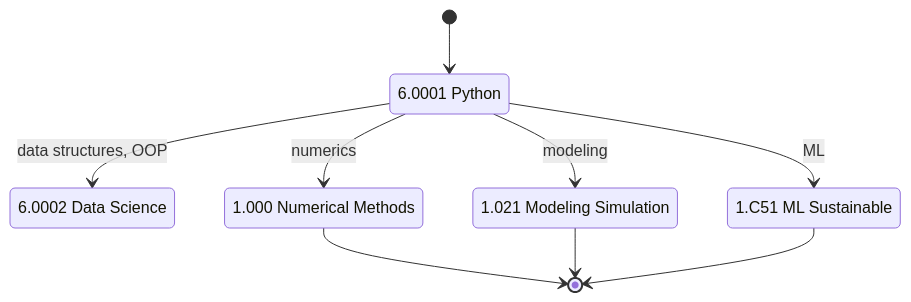
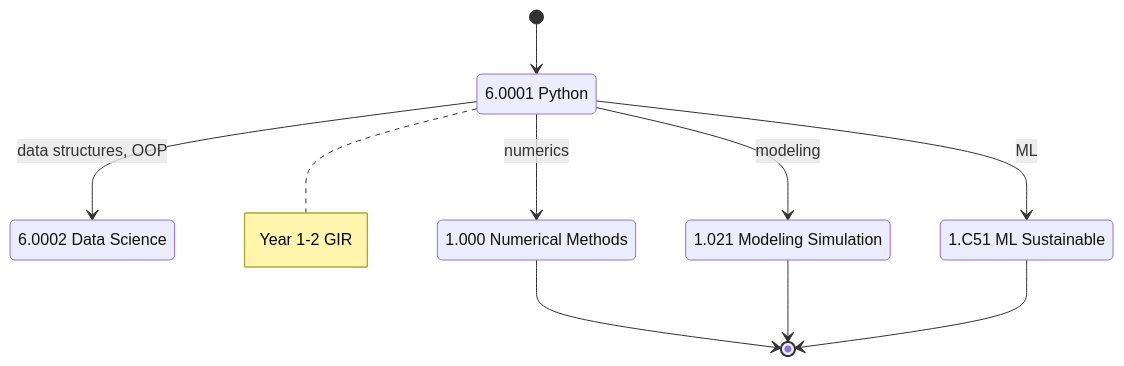
Before and after one commit to yip-lgtm/civil-bootcamp: the second of 5 diagrams in MIT_CEE_GIRs/6.0001_Introduction_to_CS_and_Python.md, drawn with Mermaid. The commit also changed other lines of this file and 12 other files, not shown here.

First line of the commit message:
LLM enrichment: 13 courses enhanced with real scholars, sources, diagrams

````diff
--- a/MIT_CEE_GIRs/6.0001_Introduction_to_CS_and_Python.md
+++ b/MIT_CEE_GIRs/6.0001_Introduction_to_CS_and_Python.md
@@ -215,16 +364,17 @@
 ```mermaid
 stateDiagram-v2
     [*] --> 6_0001
     6_0001: 6.0001 Python
     6_0001 --> 6_0002: data structures, OOP
     6_0002: 6.0002 Data Science
     6_0001 --> 1_000: numerics
     1_000: 1.000 Numerical Methods
     6_0001 --> 1_021: modeling
     1_021: 1.021 Modeling Simulation
     6_0001 --> 1_C51: ML
     1_C51: 1.C51 ML Sustainable
     1_000 --> [*]
     1_021 --> [*]
     1_C51 --> [*]
+    note right of 6_0001 : Year 1-2 GIR
 ```
````
